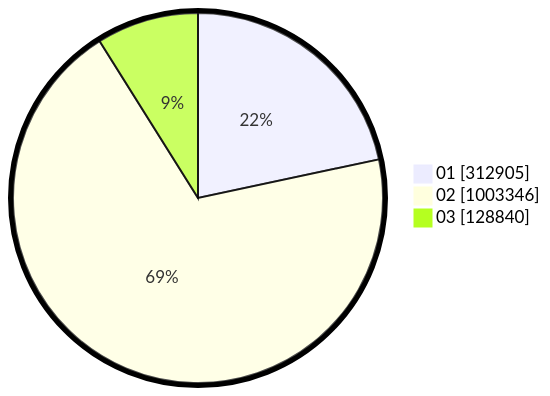
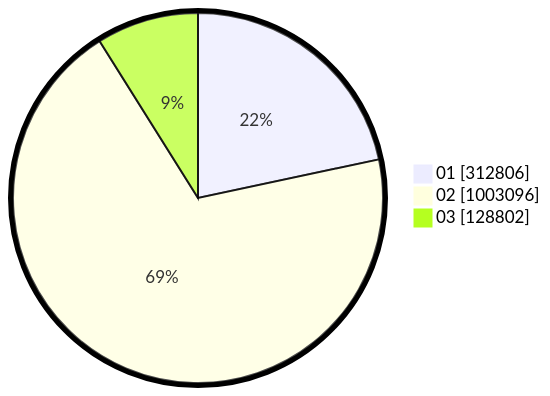
Before and after one commit to gigit-pemilu/pemilu-2024: the second of 2 diagrams in pilpres/hitung-suara/sub/table-wilayah-72.md, drawn with Mermaid. The commit also changed other lines of this file and 10 other files, not shown here.

````diff
--- a/pilpres/hitung-suara/sub/table-wilayah-72.md
+++ b/pilpres/hitung-suara/sub/table-wilayah-72.md
@@ -15,7 +15,7 @@
 ```mermaid
 %%{init: {"pie": {"textPosition": 0.5}, "themeVariables": {"pieOuterStrokeWidth": "5px"}} }%%
 pie showData
-    "01" : 312905
-    "02" : 1003346
-    "03" : 128840
+    "01" : 312806
+    "02" : 1003096
+    "03" : 128802
 ```
````
